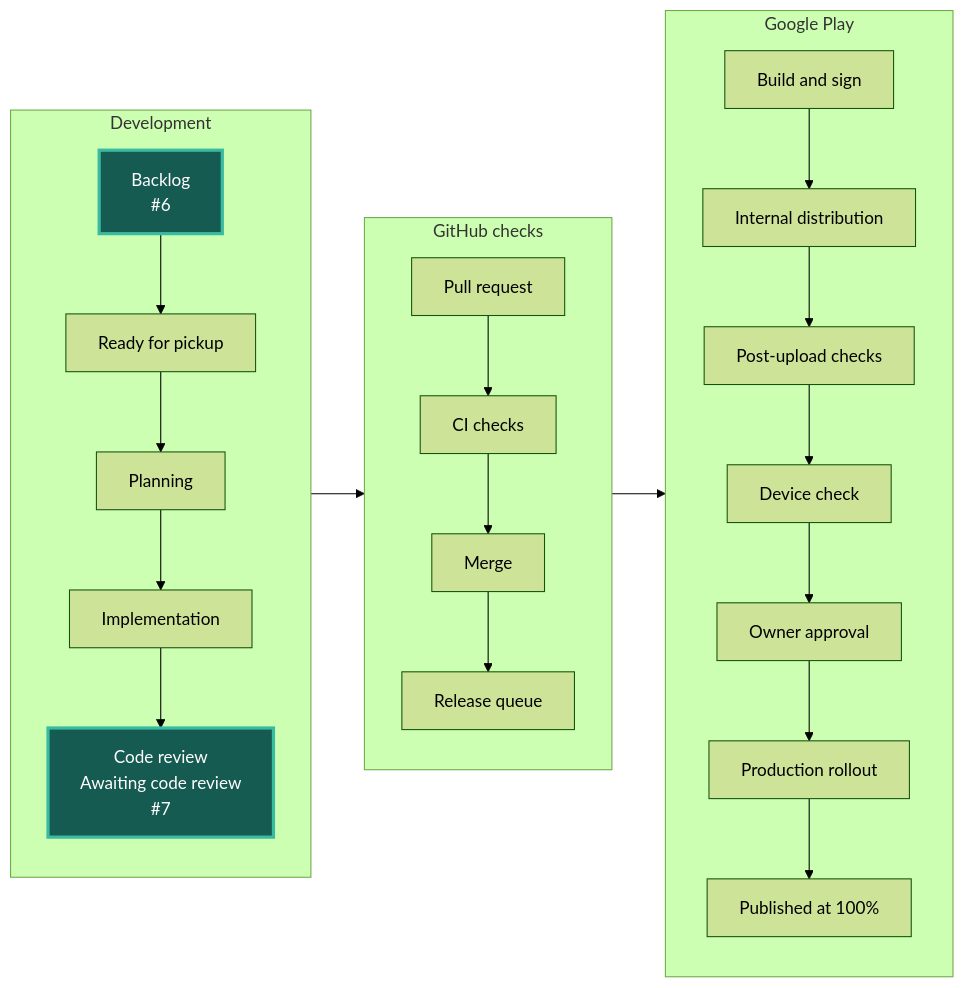
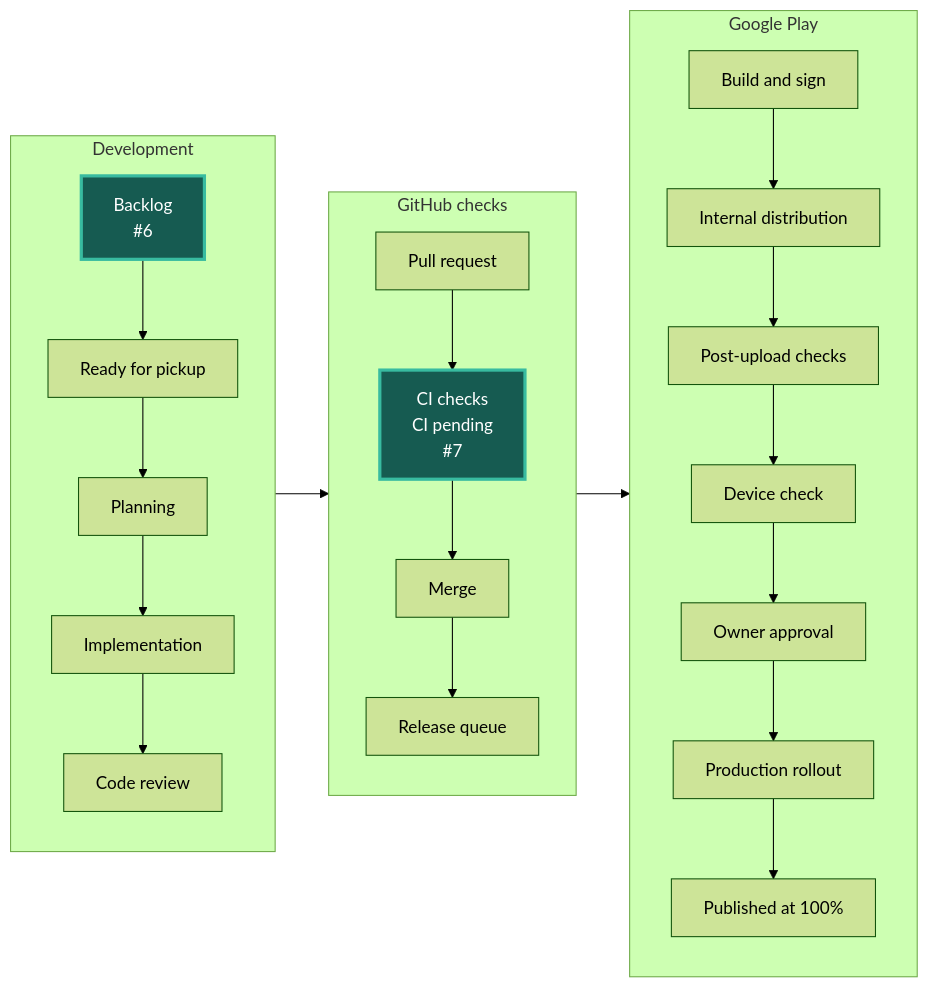
Before and after one commit to Oziomajnr/ChessTournamentManager: the diagram in STATUS.md, drawn with Mermaid (forest theme). The commit also changed other lines of this file and 1 other file, not shown here.

Commit message:
Refresh issue delivery graph

````diff
--- a/STATUS.md
+++ b/STATUS.md
@@ -5,35 +5,35 @@
 ```mermaid
 flowchart LR
     accTitle: Current issue positions in the delivery workflow
     accDescr: Development flows into GitHub checks and Google Play. Each issue number appears at its current step.
     subgraph development["Development"]
         direction TB
         backlog["Backlog<br/>#6"]:::occupied
         ready["Ready for pickup"]
         plan["Planning"]
         code["Implementation"]
-        review["Code review<br/>Awaiting code review<br/>#7"]:::occupied
+        review["Code review"]
         backlog --> ready --> plan --> code --> review
     end
     subgraph integration["GitHub checks"]
         direction TB
         pull["Pull request"]
-        ci["CI checks"]
+        ci["CI checks<br/>CI pending<br/>#7"]:::occupied
         merge["Merge"]
         queue["Release queue"]
         pull --> ci --> merge --> queue
     end
     subgraph distribution["Google Play"]
         direction TB
         build["Build and sign"]
         internal["Internal distribution"]
         reports["Post-upload checks"]
         device["Device check"]
         approval["Owner approval"]
         rollout["Production rollout"]
         published["Published at 100%"]
         build --> internal --> reports --> device --> approval --> rollout --> published
     end
     development --> integration --> distribution
     classDef occupied fill:#165b51,color:#ffffff,stroke:#38bba0,stroke-width:3px
 ```
````
